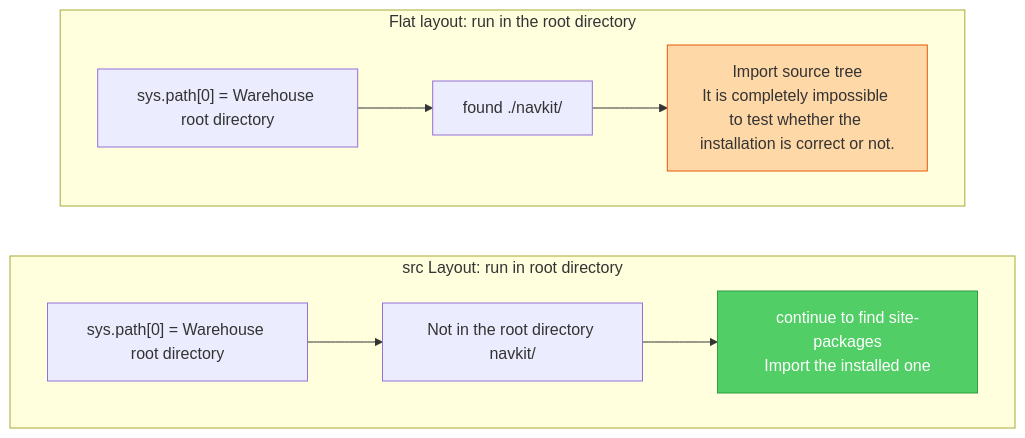
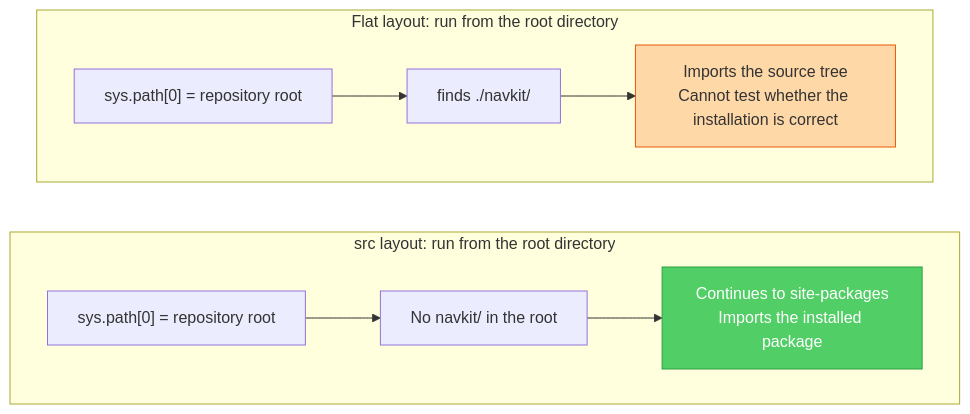
One commit to TingdeLiu/tingdeliu.github.io changed the sixth of 22 diagrams in _translations/en/research/Python-Engineering-Survey.md. Above: the diagram before and after it, drawn with Mermaid. The commit also changed other lines of this file and 51 other files, not shown here.

````diff
--- a/_translations/en/research/Python-Engineering-Survey.md
+++ b/_translations/en/research/Python-Engineering-Survey.md
@@ -356,16 +356,16 @@
 ```mermaid
 flowchart TB
-    subgraph FLAT["Flat layout: run in the root directory"]
+    subgraph FLAT["Flat layout: run from the root directory"]
         direction LR
-        F1["sys.path[0] = Warehouse root directory"] --> F2["found ./navkit/"]
-        F2 --> F3["Import source tree<br/>It is completely impossible to test whether the installation is correct or not."]
+        F1["sys.path[0] = repository root"] --> F2["finds ./navkit/"]
+        F2 --> F3["Imports the source tree<br/>Cannot test whether the installation is correct"]
     end
-    subgraph SRC["src Layout: run in root directory"]
+    subgraph SRC["src layout: run from the root directory"]
         direction LR
-        S1["sys.path[0] = Warehouse root directory"] --> S2["Not in the root directory navkit/"]
-        S2 --> S3["continue to find site-packages<br/>Import the installed one"]
+        S1["sys.path[0] = repository root"] --> S2["No navkit/ in the root"]
+        S2 --> S3["Continues to site-packages<br/>Imports the installed package"]
     end
     FLAT ~~~ SRC
     style F3 fill:#ffd8a8,stroke:#e8590c
     style S3 fill:#51cf66,stroke:#2f9e44,color:#fff
 ```
````
